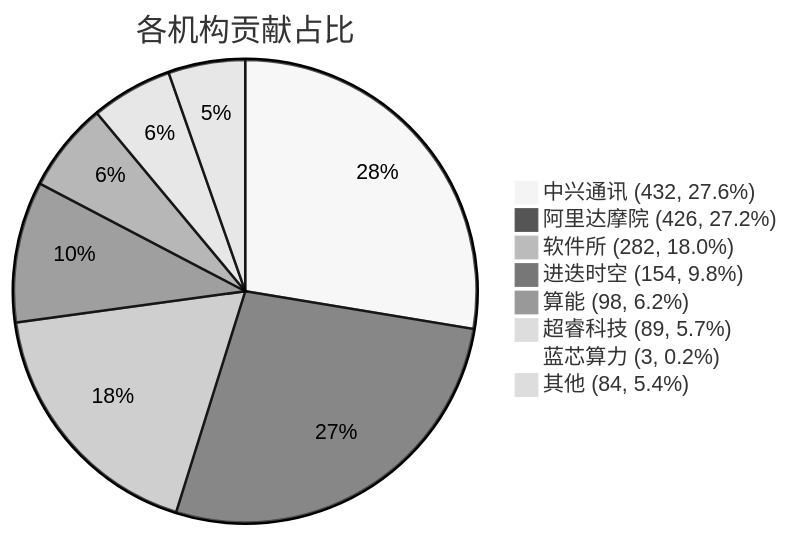
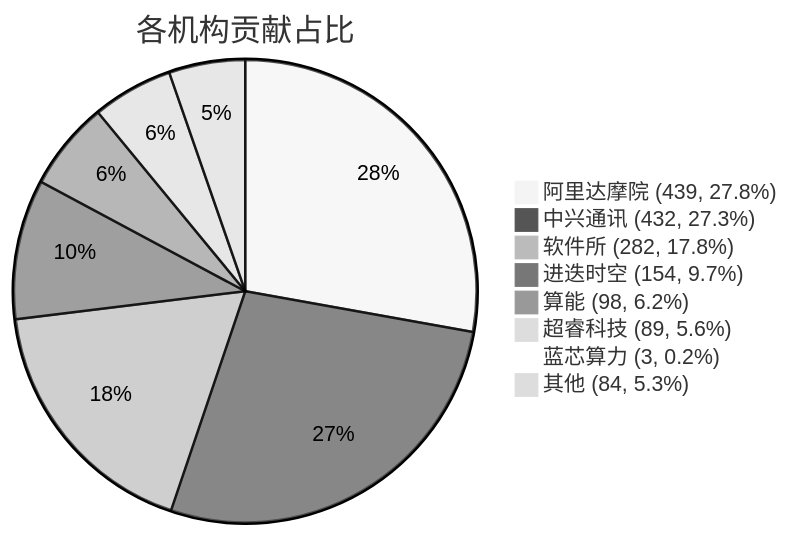
One commit to RVCK-Project/rvck changed the diagram in docs/index.md. Above: the diagram before and after it, drawn with Mermaid (neutral theme). The commit also changed other lines of this file and 24 other files, not shown here.

````diff
--- a/docs/index.md
+++ b/docs/index.md
@@ -40,11 +40,11 @@
 ```mermaid
 pie title 各机构贡献占比
-    "中兴通讯 (432, 27.6%)" : 432
-    "阿里达摩院 (426, 27.2%)" : 426
-    "软件所 (282, 18.0%)" : 282
-    "进迭时空 (154, 9.8%)" : 154
+    "阿里达摩院 (439, 27.8%)" : 439
+    "中兴通讯 (432, 27.3%)" : 432
+    "软件所 (282, 17.8%)" : 282
+    "进迭时空 (154, 9.7%)" : 154
     "算能 (98, 6.2%)" : 98
-    "超睿科技 (89, 5.7%)" : 89
+    "超睿科技 (89, 5.6%)" : 89
     "蓝芯算力 (3, 0.2%)" : 3
-    "其他 (84, 5.4%)" : 84
+    "其他 (84, 5.3%)" : 84
 ```
````
